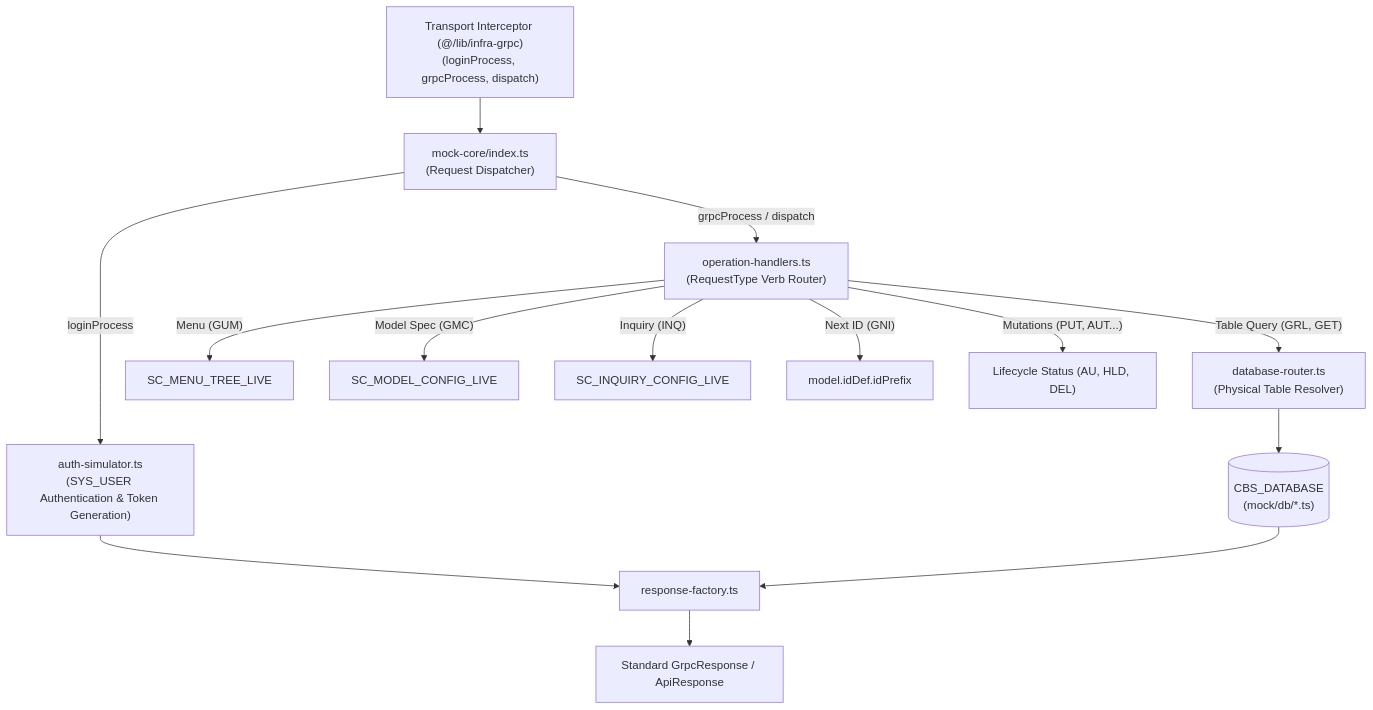
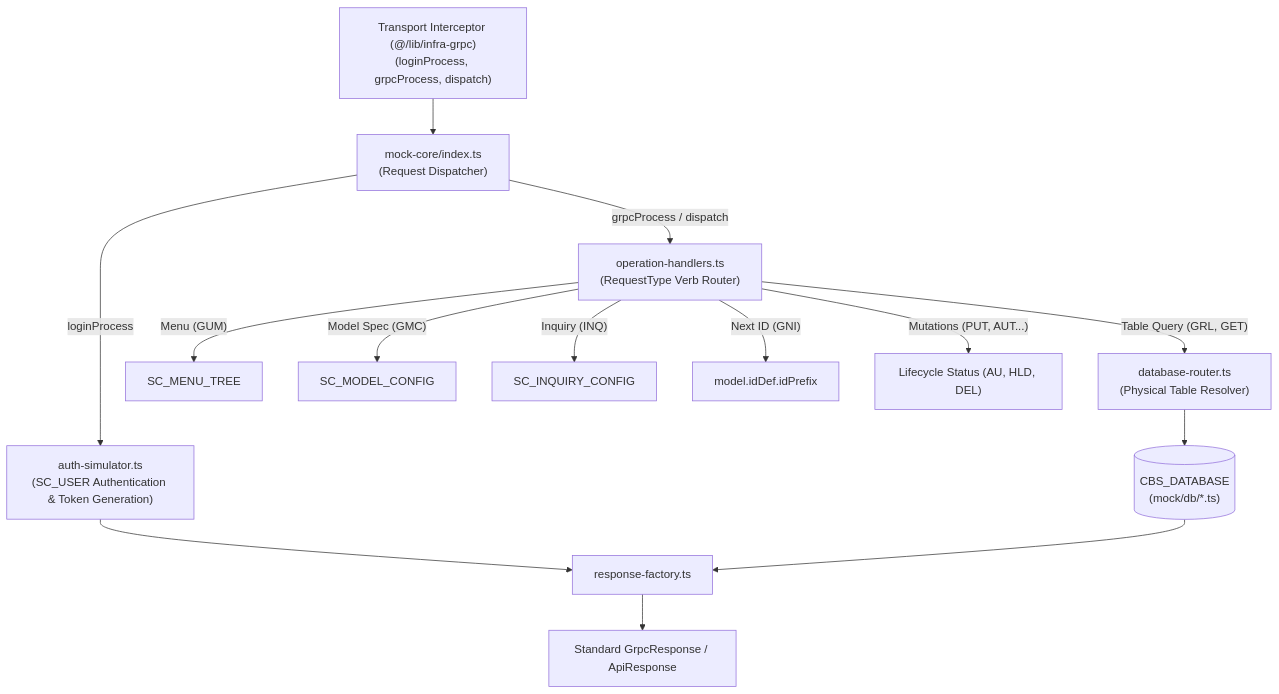
One commit to HadiuzzamanBappy/janata-cbs changed the diagram in mock/core/README.md. Above: the diagram before and after it, drawn with Mermaid. The commit also changed other lines of this file and 32 other files, not shown here.

Commit message:
chore(mock&inq):revised mock and inquiry and refined functionaliy

````diff
--- a/mock/core/README.md
+++ b/mock/core/README.md
@@ -25,22 +25,22 @@
 ```mermaid
 flowchart TD
     Client["Transport Interceptor (@/lib/infra-grpc)<br/>(loginProcess, grpcProcess, dispatch)"]
     
     Client --> Route["mock-core/index.ts<br/>(Request Dispatcher)"]
 
-    Route -- "loginProcess" --> Auth["auth-simulator.ts<br/>(SYS_USER Authentication & Token Generation)"]
+    Route -- "loginProcess" --> Auth["auth-simulator.ts<br/>(SC_USER Authentication & Token Generation)"]
     Route -- "grpcProcess / dispatch" --> Op["operation-handlers.ts<br/>(RequestType Verb Router)"]
 
     Op -- "Table Query (GRL, GET)" --> Router["database-router.ts<br/>(Physical Table Resolver)"]
-    Op -- "Menu (GUM)" --> Menu["SC_MENU_TREE_LIVE"]
-    Op -- "Model Spec (GMC)" --> Model["SC_MODEL_CONFIG_LIVE"]
-    Op -- "Inquiry (INQ)" --> Inq["SC_INQUIRY_CONFIG_LIVE"]
+    Op -- "Menu (GUM)" --> Menu["SC_MENU_TREE"]
+    Op -- "Model Spec (GMC)" --> Model["SC_MODEL_CONFIG"]
+    Op -- "Inquiry (INQ)" --> Inq["SC_INQUIRY_CONFIG"]
     Op -- "Next ID (GNI)" --> Seq["model.idDef.idPrefix"]
     Op -- "Mutations (PUT, AUT...)" --> Mut["Lifecycle Status (AU, HLD, DEL)"]
 
     Router --> DB[("CBS_DATABASE<br/>(mock/db/*.ts)")]
     
     Auth --> Resp["response-factory.ts"]
     DB --> Resp
     Resp --> Wire["Standard GrpcResponse / ApiResponse"]
 ```
````
